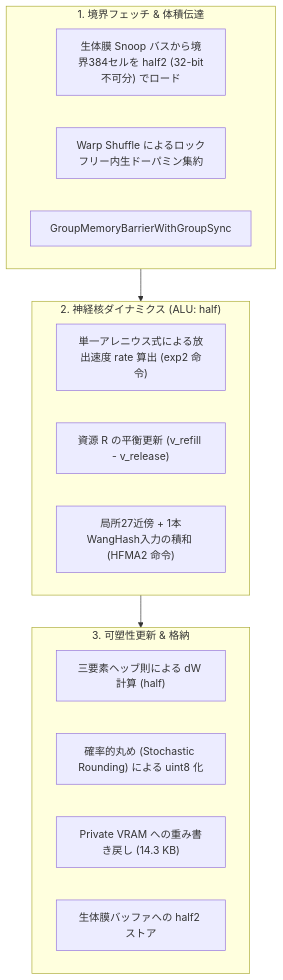
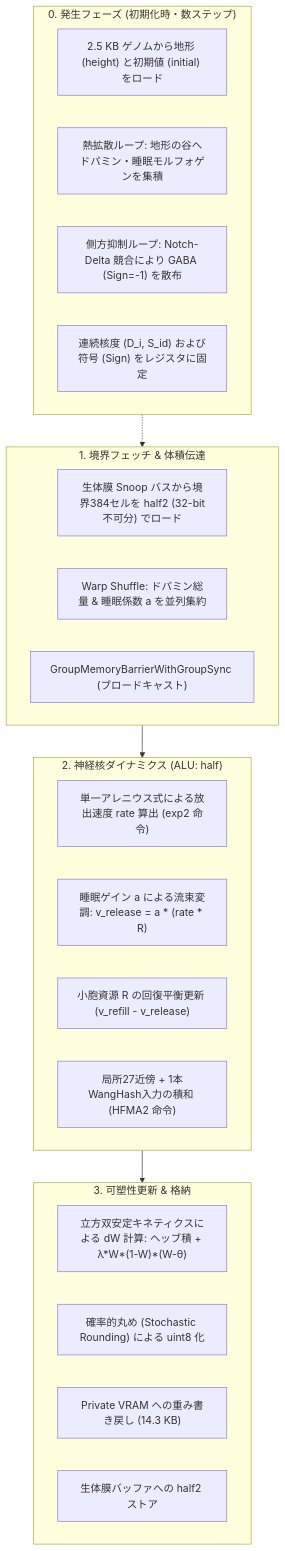
One commit to toribird-2048/VoxelBrain changed the diagram in README.md. Above: the diagram before and after it, drawn with Mermaid. The commit also changed other lines of this file, not shown here.

````diff
--- a/README.md
+++ b/README.md
@@ -117,24 +184,33 @@
 ```mermaid
 flowchart TD
+    subgraph Epoch0 ["0. 発生フェーズ (初期化時・数ステップ)"]
+        E1["2.5 KB ゲノムから地形 (height) と初期値 (initial) をロード"]
+        E2["熱拡散ループ: 地形の谷へドパミン・睡眠モルフォゲンを集積"]
+        E3["側方抑制ループ: Notch-Delta 競合により GABA (Sign=-1) を散布"]
+        E4["連続核度 (D_i, S_id) および符号 (Sign) をレジスタに固定"]
+    end
+
     subgraph StepA ["1. 境界フェッチ & 体積伝達"]
         A1["生体膜 Snoop バスから境界384セルを half2 (32-bit不可分) でロード"]
-        A2["Warp Shuffle によるロックフリー内生ドーパミン集約"]
-        A3["GroupMemoryBarrierWithGroupSync"]
+        A2["Warp Shuffle: ドパミン総量 & 睡眠係数 a を並列集約"]
+        A3["GroupMemoryBarrierWithGroupSync (ブロードキャスト)"]
     end
 
     subgraph StepB ["2. 神経核ダイナミクス (ALU: half)"]
         B1["単一アレニウス式による放出速度 rate 算出 (exp2 命令)"]
-        B2["資源 R の平衡更新 (v_refill - v_release)"]
-        B3["局所27近傍 + 1本WangHash入力の積和 (HFMA2 命令)"]
+        B2["睡眠ゲイン a による流束変調: v_release = a * (rate * R)"]
+        B3["小胞資源 R の回復平衡更新 (v_refill - v_release)"]
+        B4["局所27近傍 + 1本WangHash入力の積和 (HFMA2 命令)"]
     end
 
     subgraph StepC ["3. 可塑性更新 & 格納"]
-        C1["三要素ヘッブ則による dW 計算 (half)"]
+        C1["立方双安定キネティクスによる dW 計算: ヘッブ積 + λ*W*(1-W)*(W-θ)"]
         C2["確率的丸め (Stochastic Rounding) による uint8 化"]
         C3["Private VRAM への重み書き戻し (14.3 KB)"]
         C4["生体膜バッファへの half2 ストア"]
     end
 
+    Epoch0 -.-> StepA
     StepA --> StepB
     StepB --> StepC
 ```
````
